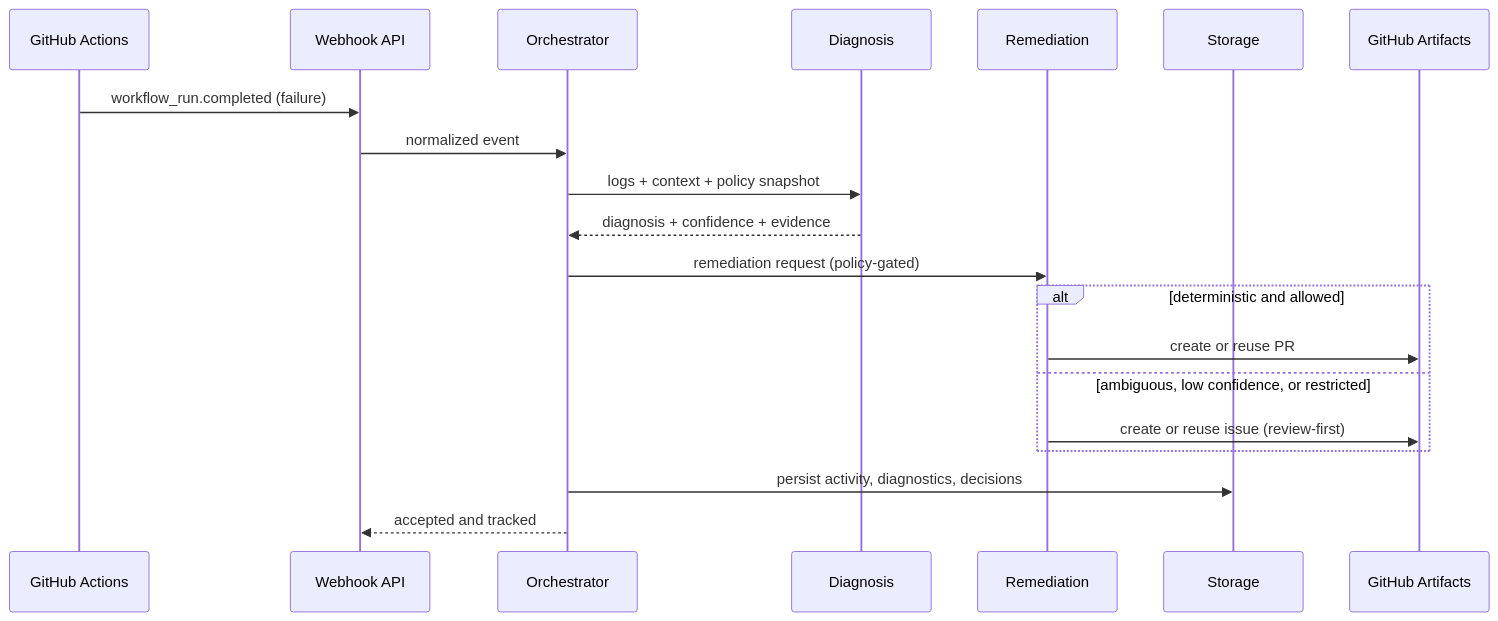
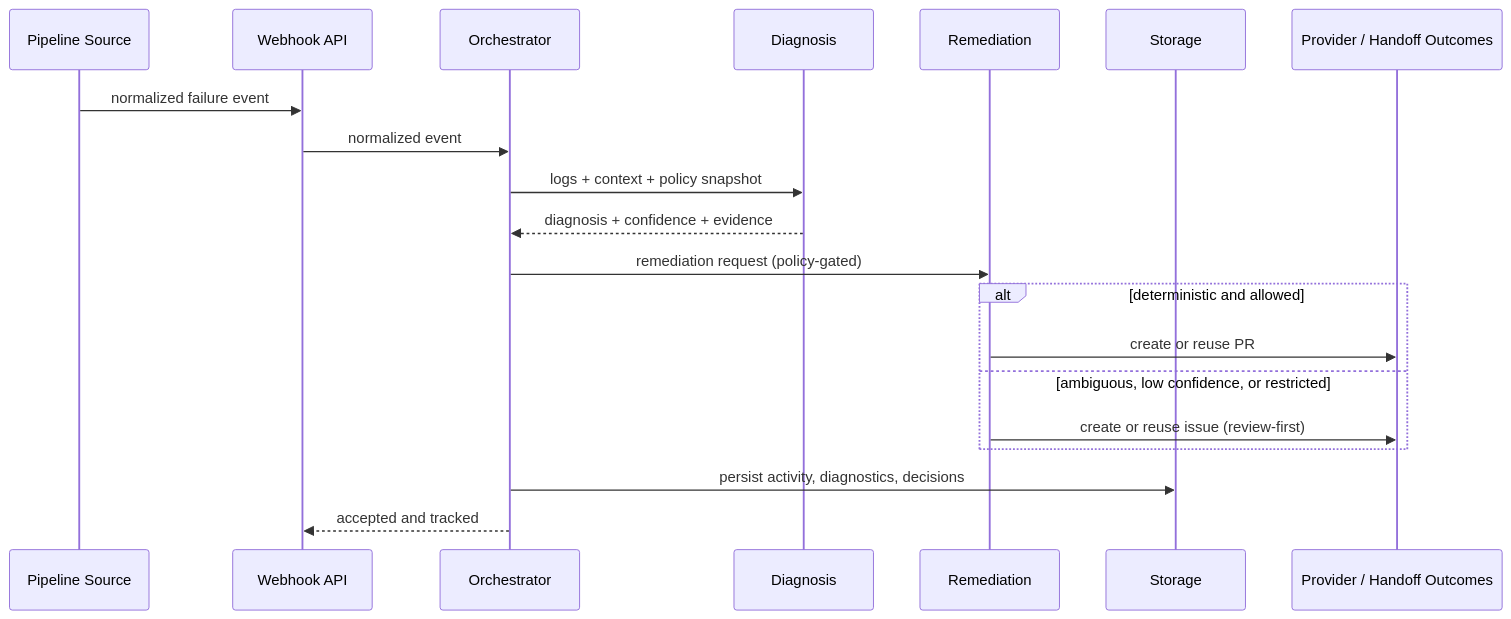
One commit to Canepro/pipelinehealer changed the second of 2 diagrams in README.md. Above: the diagram before and after it, drawn with Mermaid. The commit also changed other lines of this file and 9 other files, not shown here.

Commit message:
Refresh docs and diagrams for control-plane framing

````diff
--- a/README.md
+++ b/README.md
@@ -260,23 +262,23 @@
 ```mermaid
 sequenceDiagram
-  participant GH as GitHub Actions
+  participant SRC as Pipeline Source
   participant WH as Webhook API
   participant OR as Orchestrator
   participant DI as Diagnosis
   participant RM as Remediation
   participant DB as Storage
-  participant OUT as GitHub Artifacts
+  participant OUT as Provider / Handoff Outcomes
 
-  GH->>WH: workflow_run.completed (failure)
+  SRC->>WH: normalized failure event
   WH->>OR: normalized event
   OR->>DI: logs + context + policy snapshot
   DI-->>OR: diagnosis + confidence + evidence
   OR->>RM: remediation request (policy-gated)
   alt deterministic and allowed
     RM->>OUT: create or reuse PR
   else ambiguous, low confidence, or restricted
     RM->>OUT: create or reuse issue (review-first)
   end
   OR->>DB: persist activity, diagnostics, decisions
   OR-->>WH: accepted and tracked
 ```
````
